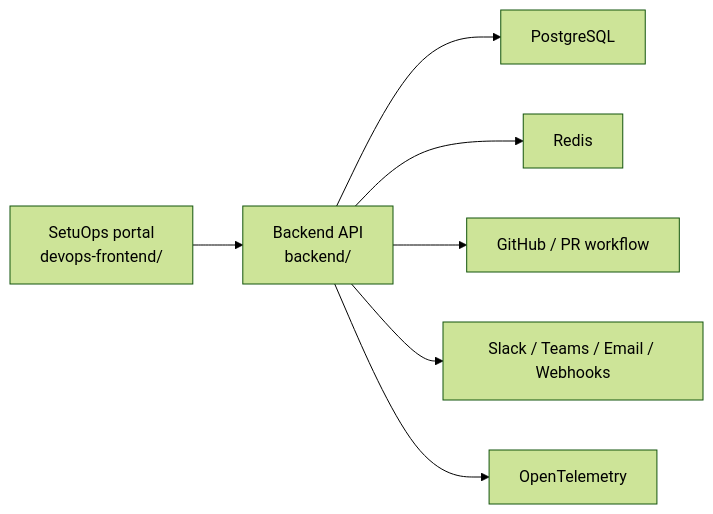
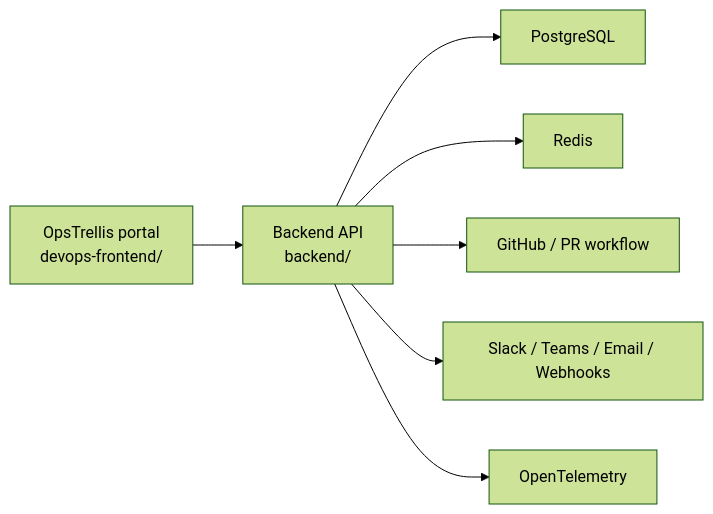
One commit to shashank3656/devops_project changed the fourth of 4 diagrams in docs/ARCHITECTURE.md. Above: the diagram before and after it, drawn with Mermaid (forest theme). The commit also changed other lines of this file and 93 other files, not shown here.

````diff
--- a/docs/ARCHITECTURE.md
+++ b/docs/ARCHITECTURE.md
@@ -105,17 +105,17 @@
 ```mermaid
 flowchart LR
-    DevOps["SetuOps portal<br/>devops-frontend/"]
+    DevOps["OpsTrellis portal<br/>devops-frontend/"]
     API["Backend API<br/>backend/"]
     DB["PostgreSQL"]
     Redis["Redis"]
     GitHub["GitHub / PR workflow"]
     Notify["Slack / Teams / Email / Webhooks"]
     OTel["OpenTelemetry"]
 
     DevOps --> API
     API --> DB
     API --> Redis
     API --> GitHub
     API --> Notify
     API --> OTel
 ```
````
